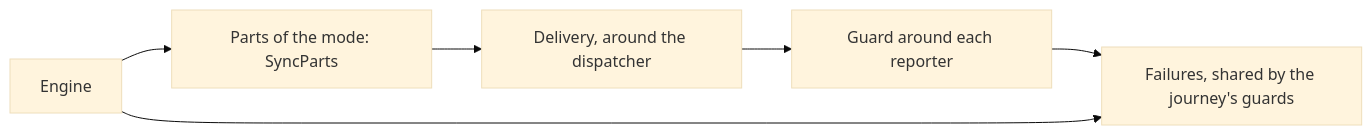
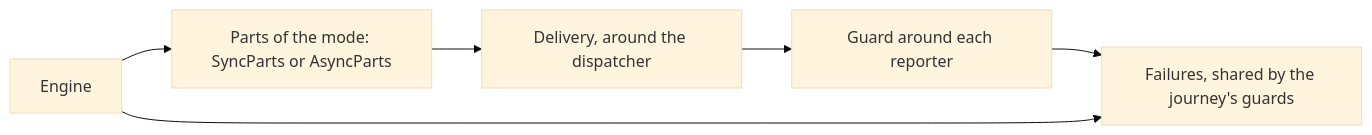
One commit to itinera-dev/itinera-j changed the fourth of 4 diagrams in docs/architecture.md. Above: the diagram before and after it, drawn with Mermaid (base theme). The commit also changed other lines of this file and 37 other files, not shown here.

First line of the commit message:
feat: run asynchronous workflows on AsyncLocalExecutor

````diff
--- a/docs/architecture.md
+++ b/docs/architecture.md
@@ -99,10 +100,10 @@
 ```mermaid
 flowchart LR
     accTitle: How the one engine serves each mode
-    accDescr: The engine, written once as suspend functions, calls the workflow's parts through Parts. SyncParts serves the synchronous mode: it accepts synchronous steps and reporters, makes the dispatcher and builds steps. The engine delivers events through Delivery, which wraps the dispatcher, and every reporter added to the dispatcher is wrapped in a Guard, which shares the journey's record of failures.
-    engine["Engine"] --> parts["Parts of the mode: SyncParts"]
+    accDescr: The engine, written once as suspend functions, calls the workflow's parts through Parts. SyncParts serves the synchronous mode and AsyncParts, in itinera-kotlin, the asynchronous one: each accepts steps and reporters of its mode, makes the dispatcher, builds steps and says whether the journey was cancelled. The engine delivers events through Delivery, which wraps the dispatcher, and every reporter added to the dispatcher is wrapped in a Guard, which shares the journey's record of failures.
+    engine["Engine"] --> parts["Parts of the mode: SyncParts or AsyncParts"]
     parts --> delivery["Delivery, around the dispatcher"]
     delivery --> guard["Guard around each reporter"]
     guard --> failures["Failures, shared by the journey's guards"]
     engine --> failures
 ```
````
